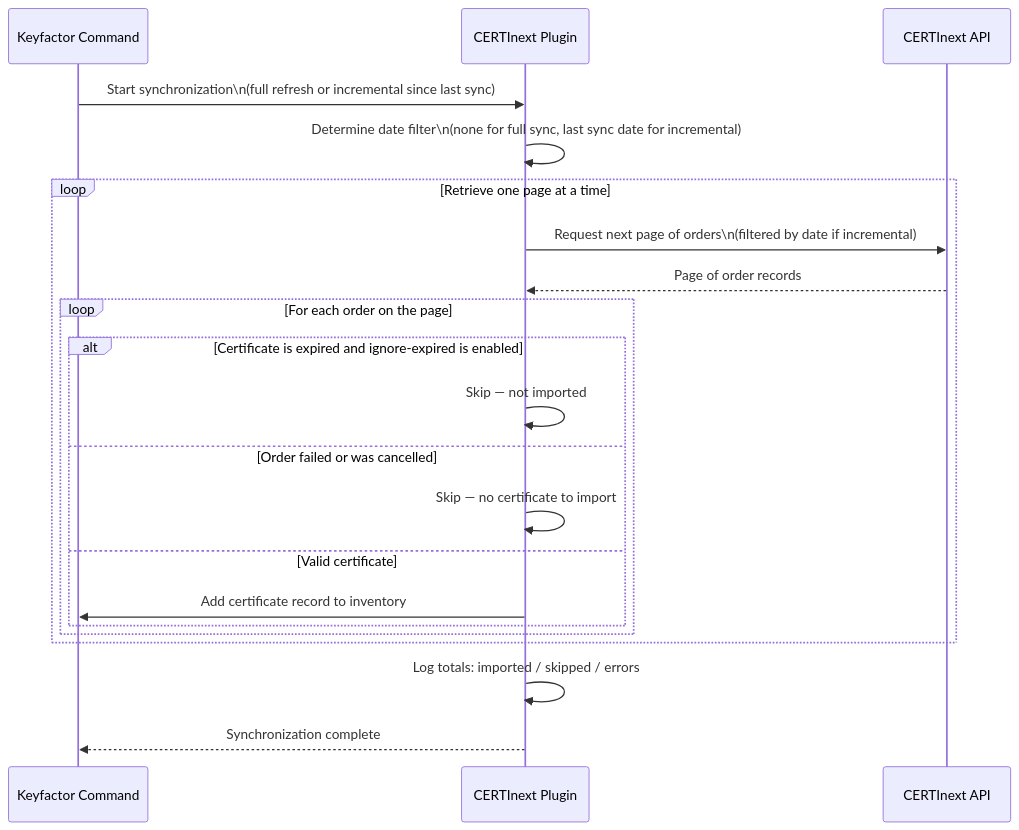
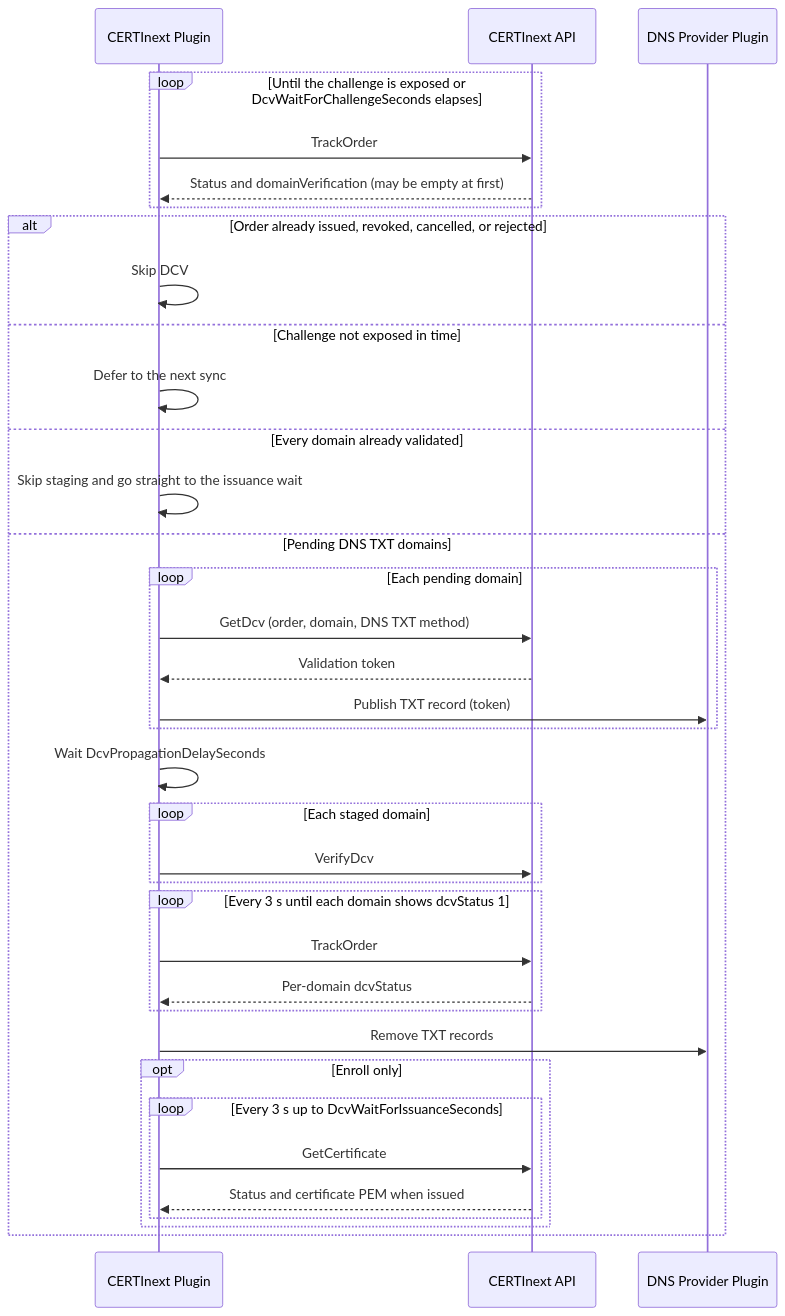
Before and after one commit to Keyfactor/certinext-caplugin: the fourth of 10 diagrams in docsource/architecture.md, drawn with Mermaid. The commit also changed other lines of this file and 2 other files, not shown here.

Commit message:
docs: correct architecture diagrams, migration guide, and developer guide against the code

````diff
--- a/docsource/architecture.md
+++ b/docsource/architecture.md
@@ -94,27 +191,39 @@
 ```mermaid
 sequenceDiagram
-    participant CMD as Keyfactor Command
     participant Plugin as CERTInext Plugin
     participant API as CERTInext API
+    participant DNS as DNS Provider Plugin
 
-    CMD->>Plugin: Start synchronization\n(full refresh or incremental since last sync)
-    Plugin->>Plugin: Determine date filter\n(none for full sync, last sync date for incremental)
-
-    loop Retrieve one page at a time
-        Plugin->>API: Request next page of orders\n(filtered by date if incremental)
-        API-->>Plugin: Page of order records
-
-        loop For each order on the page
-            alt Certificate is expired and ignore-expired is enabled
-                Plugin->>Plugin: Skip — not imported
-            else Order failed or was cancelled
-                Plugin->>Plugin: Skip — no certificate to import
-            else Valid certificate
-                Plugin->>CMD: Add certificate record to inventory
+    loop Until the challenge is exposed or DcvWaitForChallengeSeconds elapses
+        Plugin->>API: TrackOrder
+        API-->>Plugin: Status and domainVerification (may be empty at first)
+    end
+    alt Order already issued, revoked, cancelled, or rejected
+        Plugin->>Plugin: Skip DCV
+    else Challenge not exposed in time
+        Plugin->>Plugin: Defer to the next sync
+    else Every domain already validated
+        Plugin->>Plugin: Skip staging and go straight to the issuance wait
+    else Pending DNS TXT domains
+        loop Each pending domain
+            Plugin->>API: GetDcv (order, domain, DNS TXT method)
+            API-->>Plugin: Validation token
+            Plugin->>DNS: Publish TXT record (token)
+        end
+        Plugin->>Plugin: Wait DcvPropagationDelaySeconds
+        loop Each staged domain
+            Plugin->>API: VerifyDcv
+        end
+        loop Every 3 s until each domain shows dcvStatus 1
+            Plugin->>API: TrackOrder
+            API-->>Plugin: Per-domain dcvStatus
+        end
+        Plugin->>DNS: Remove TXT records
+        opt Enroll only
+            loop Every 3 s up to DcvWaitForIssuanceSeconds
+                Plugin->>API: GetCertificate
+                API-->>Plugin: Status and certificate PEM when issued
             end
         end
     end
-
-    Plugin->>Plugin: Log totals: imported / skipped / errors
-    Plugin-->>CMD: Synchronization complete
 ```
````
